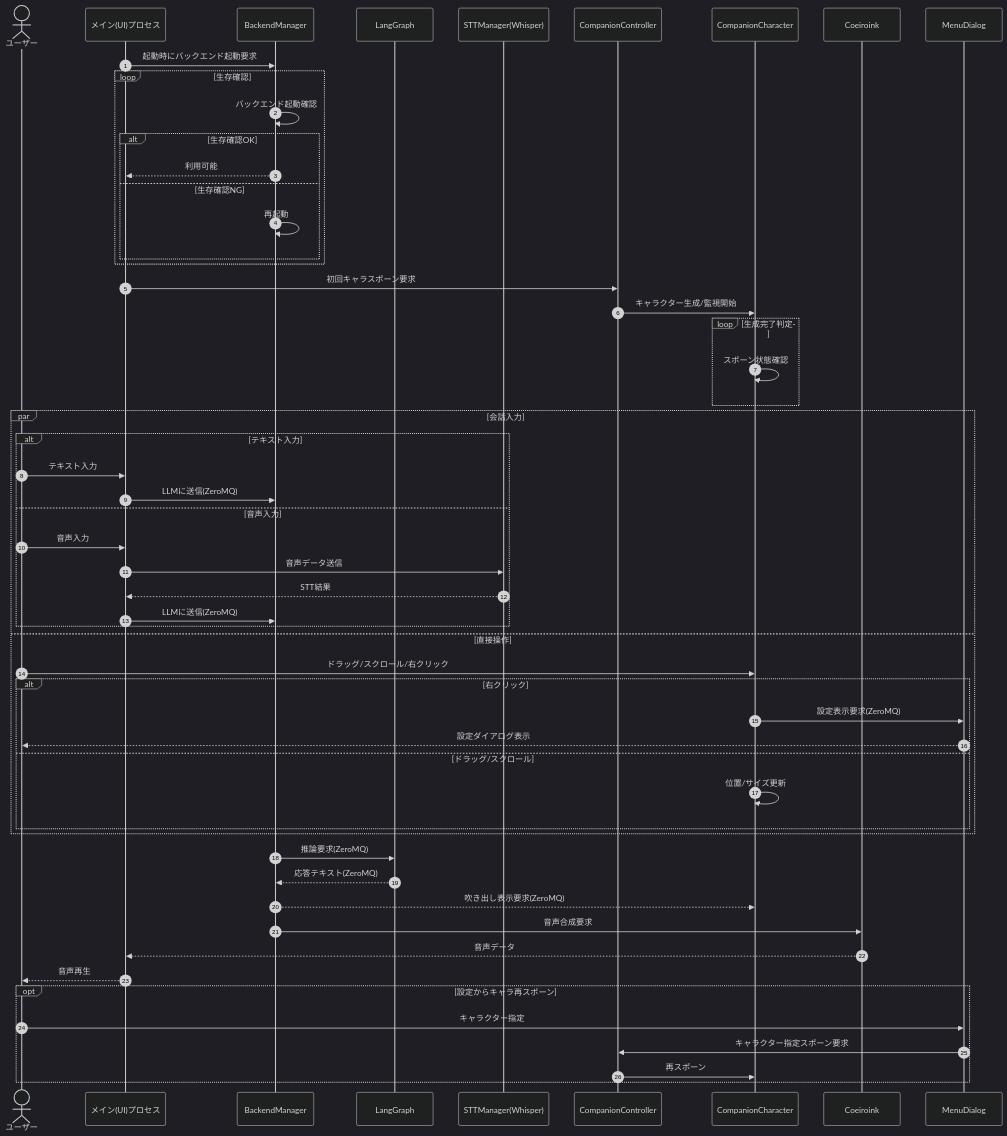
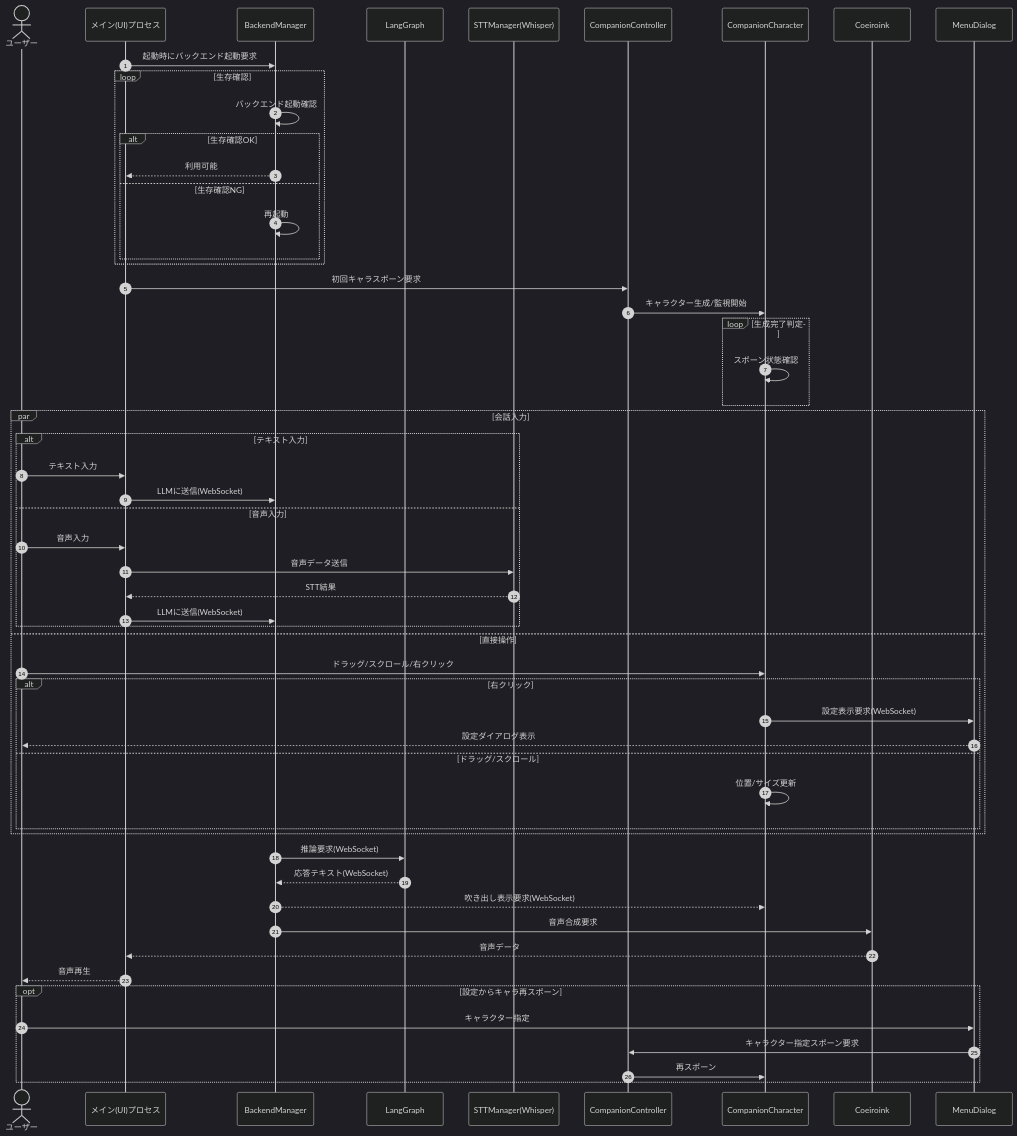
Before and after one commit to antem0613/DesktopAgent: the second of 2 diagrams in docs/system.md, drawn with Mermaid (dark theme). The commit also changed other lines of this file and 25 other files, not shown here.

````diff
--- a/docs/system.md
+++ b/docs/system.md
@@ -78,62 +79,62 @@
 ```mermaid
 sequenceDiagram
     autonumber
     actor U as ユーザー
     participant UI as メイン(UI)プロセス
     participant BM as BackendManager
     participant LG as LangGraph
     participant STT as STTManager(Whisper)
     participant CTRL as CompanionController
     participant CHAR as CompanionCharacter
     participant TTS as Coeiroink
     participant MENU as MenuDialog
 
     UI->>BM: 起動時にバックエンド起動要求
     loop 生存確認
         BM->>BM: バックエンド起動確認
         alt 生存確認OK
             BM-->>UI: 利用可能
         else 生存確認NG
             BM->>BM: 再起動
         end
     end
 
     UI->>CTRL: 初回キャラスポーン要求
     CTRL->>CHAR: キャラクター生成/監視開始
     loop 生成完了判定
         CHAR->>CHAR: スポーン状態確認
     end
 
     par 会話入力
         alt テキスト入力
             U->>UI: テキスト入力
-            UI->>BM: LLMに送信(ZeroMQ)
+            UI->>BM: LLMに送信(WebSocket)
         else 音声入力
             U->>UI: 音声入力
             UI->>STT: 音声データ送信
             STT-->>UI: STT結果
-            UI->>BM: LLMに送信(ZeroMQ)
+            UI->>BM: LLMに送信(WebSocket)
         end
     and 直接操作
         U->>CHAR: ドラッグ/スクロール/右クリック
         alt 右クリック
-            CHAR->>MENU: 設定表示要求(ZeroMQ)
+            CHAR->>MENU: 設定表示要求(WebSocket)
             MENU-->>U: 設定ダイアログ表示
         else ドラッグ/スクロール
             CHAR->>CHAR: 位置/サイズ更新
         end
     end
 
-    BM->>LG: 推論要求(ZeroMQ)
-    LG-->>BM: 応答テキスト(ZeroMQ)
-    BM-->>CHAR: 吹き出し表示要求(ZeroMQ)
+    BM->>LG: 推論要求(WebSocket)
+    LG-->>BM: 応答テキスト(WebSocket)
+    BM-->>CHAR: 吹き出し表示要求(WebSocket)
     BM->>TTS: 音声合成要求
     TTS-->>UI: 音声データ
     UI-->>U: 音声再生
 
     opt 設定からキャラ再スポーン
         U->>MENU: キャラクター指定
         MENU->>CTRL: キャラクター指定スポーン要求
         CTRL->>CHAR: 再スポーン
     end
 ```
````
